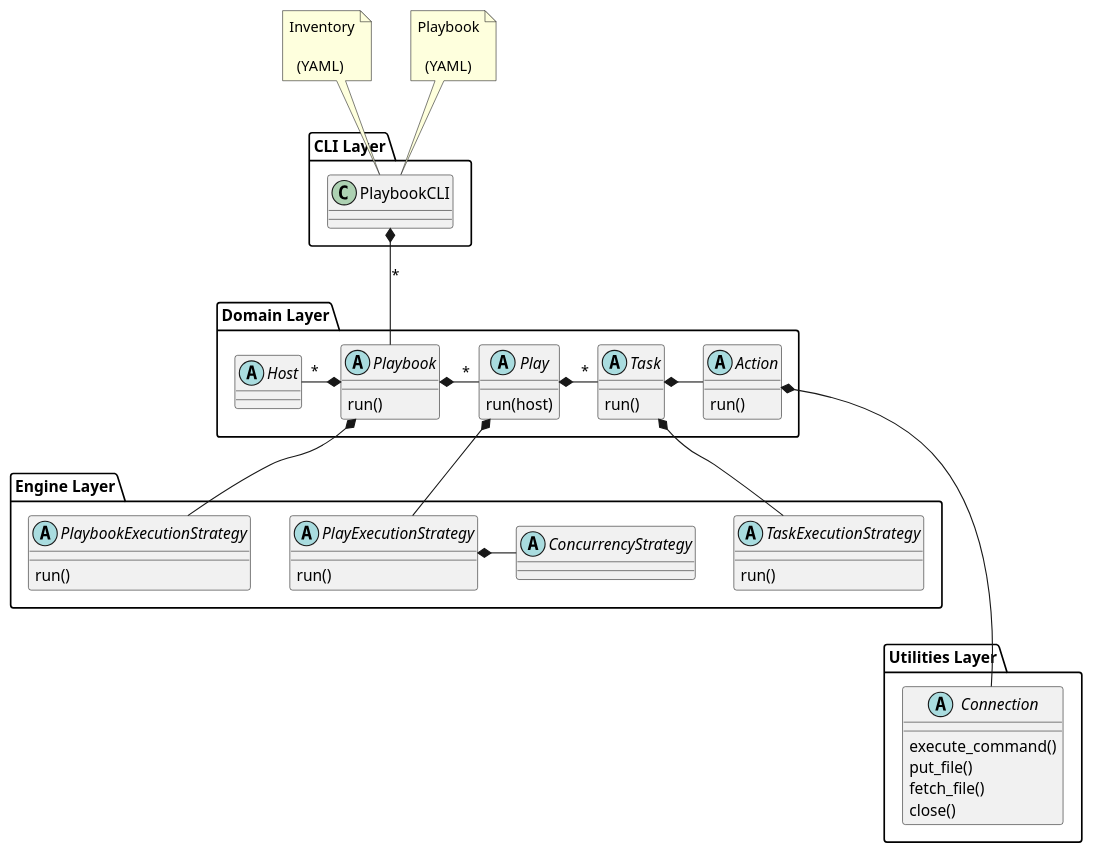
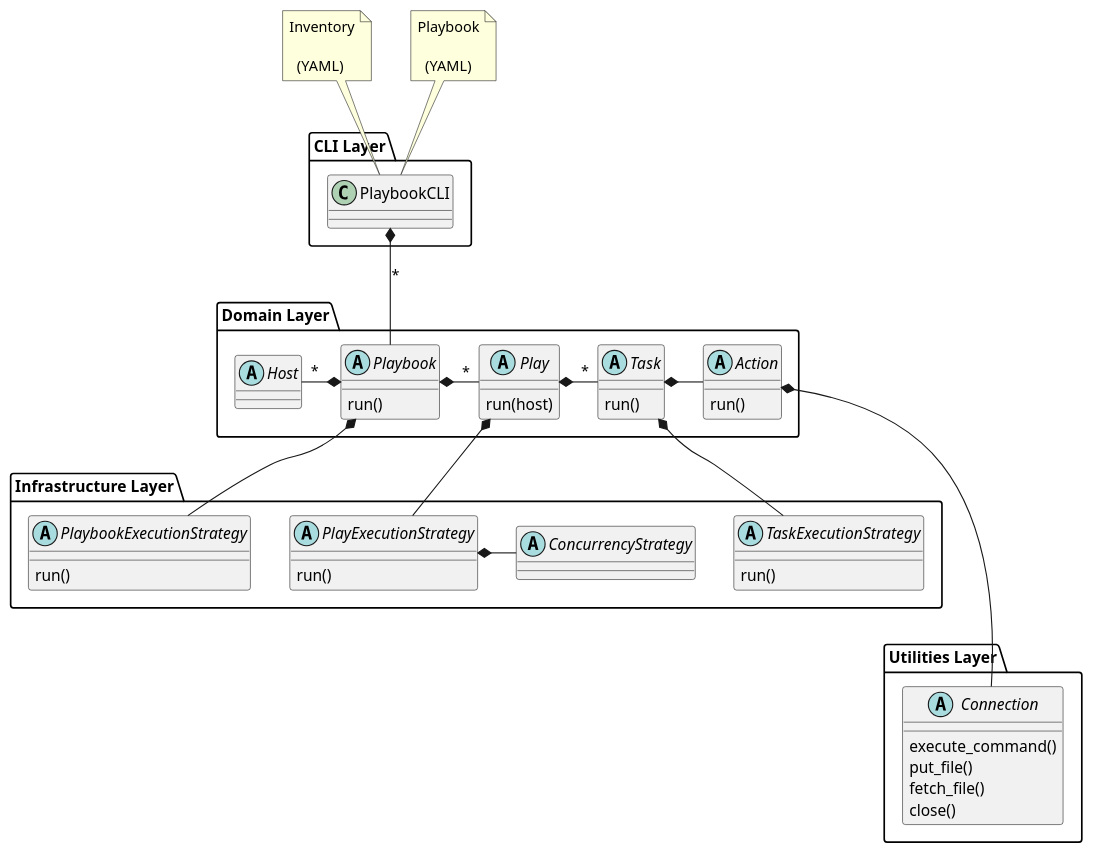
The diagram in project/uml/engineClassRevisedSimple.puml (ezequiels/nazz), drawn with PlantUML before and after one commit. The commit also changed 9 other files, not shown here.

Commit message:
New diagrams based on refactor

```diff
--- a/project/uml/engineClassRevisedSimple.puml
+++ b/project/uml/engineClassRevisedSimple.puml
@@ -1,76 +1,76 @@
 @startuml
 
 
 package "Utilities Layer" {
 
     abstract Connection
     Connection : execute_command()
     Connection : put_file()
     Connection : fetch_file()
     Connection : close()
 }
 
 Package "CLI Layer" {
     class PlaybookCLI
 }
 
 note as n1
 Inventory
 
   (YAML)
 end note
 
 n1..> PlaybookCLI
 
 note as n2
 Playbook
 
   (YAML)
 end note
 
 n2..> PlaybookCLI
 
 
 Package "Domain Layer"{
 
     abstract Playbook
     Playbook : run()
     Playbook *- "*" Play
     PlaybookCLI *-- Playbook : "*"
 
     abstract Play
     Play : run(host)
     Play *- "*" Task
 
     abstract Host
     Host "*" -* Playbook
 
     abstract Task
     Task : run()
     Task *- Action
 
     abstract Action
     Action : run()
     Action *--- Connection
 }
 
-Package "Engine Layer" {
+Package "Infrastructure Layer" {
 
     abstract PlaybookExecutionStrategy
         PlaybookExecutionStrategy : run()
         Playbook *-- PlaybookExecutionStrategy
 
     abstract PlayExecutionStrategy
         PlayExecutionStrategy : run()
         Play *-- PlayExecutionStrategy
 
     abstract ConcurrencyStrategy
         PlayExecutionStrategy *- ConcurrencyStrategy
 
     abstract TaskExecutionStrategy
         TaskExecutionStrategy : run()
         Task *-- TaskExecutionStrategy
 
 }
 
 @enduml
```
